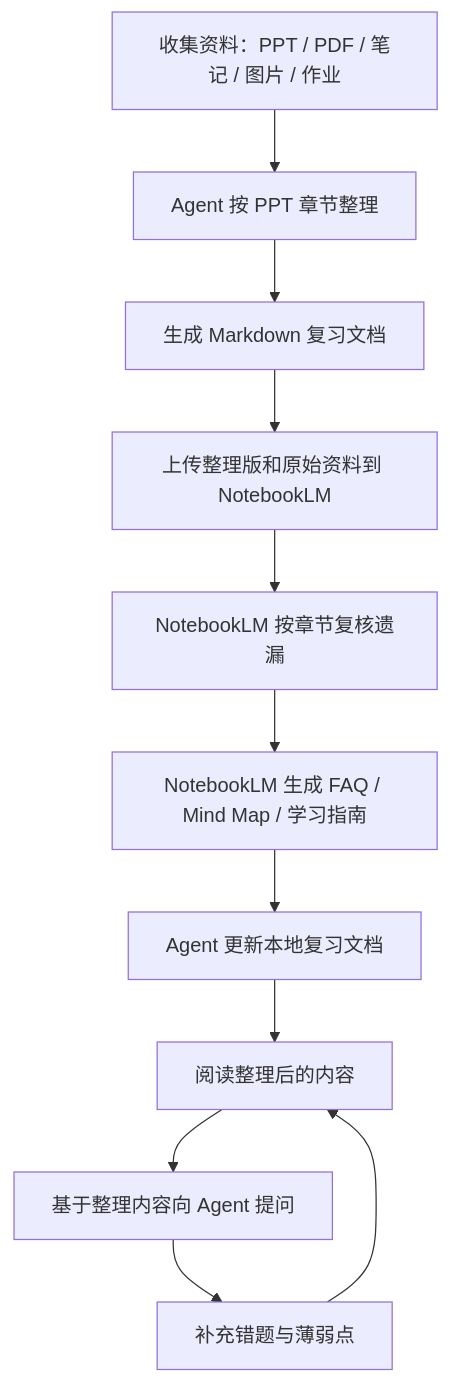
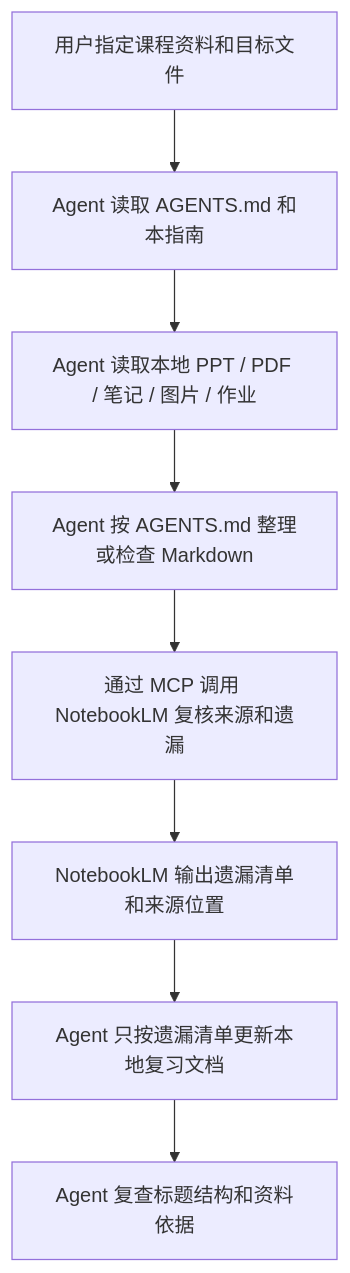
Before and after one commit to impecme/REVIEW: the diagram in AI复习指南.md, drawn with Mermaid. The commit also changed other lines of this file and 2 other files, not shown here.

````diff
--- a/AI复习指南.md
+++ b/AI复习指南.md
@@ -33,13 +16,10 @@
 ```mermaid
 graph TD
-    A["收集资料：PPT / PDF / 笔记 / 图片 / 作业"] --> B["Agent 按 PPT 章节整理"]
-    B --> C["生成 Markdown 复习文档"]
-    C --> D["上传整理版和原始资料到 NotebookLM"]
-    D --> E["NotebookLM 按章节复核遗漏"]
-    E --> F["NotebookLM 生成 FAQ / Mind Map / 学习指南"]
-    F --> G["Agent 更新本地复习文档"]
-    G --> H["阅读整理后的内容"]
-    H --> I["基于整理内容向 Agent 提问"]
-    I --> J["补充错题与薄弱点"]
-    J --> H
+    A["用户指定课程资料和目标文件"] --> B["Agent 读取 AGENTS.md 和本指南"]
+    B --> C["Agent 读取本地 PPT / PDF / 笔记 / 图片 / 作业"]
+    C --> D["Agent 按 AGENTS.md 整理或检查 Markdown"]
+    D --> E["通过 MCP 调用 NotebookLM 复核来源和遗漏"]
+    E --> F["NotebookLM 输出遗漏清单和来源位置"]
+    F --> G["Agent 只按遗漏清单更新本地复习文档"]
+    G --> H["Agent 复查标题结构和资料依据"]
 ```
````
